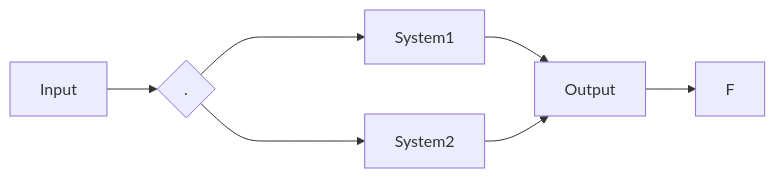
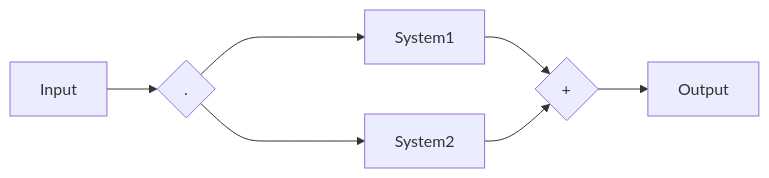
The fourth of 4 diagrams in signal-processing/kutz/5/README.md (setrar/dsp), drawn with Mermaid before and after one commit.

````diff
--- a/signal-processing/kutz/5/README.md
+++ b/signal-processing/kutz/5/README.md
@@ -68,9 +68,9 @@
 ```mermaid
 flowchart LR
     A[Input] --> B{.}
     B --> C[System1]
     B ----> D[System2]
     C --> E{+}
     D --> E{+}
-    E[Output] --> F
+    E--> F[Output] 
 ```
````
